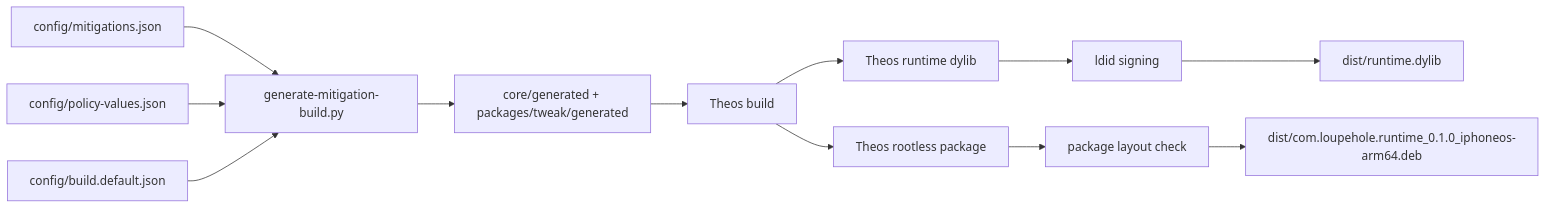
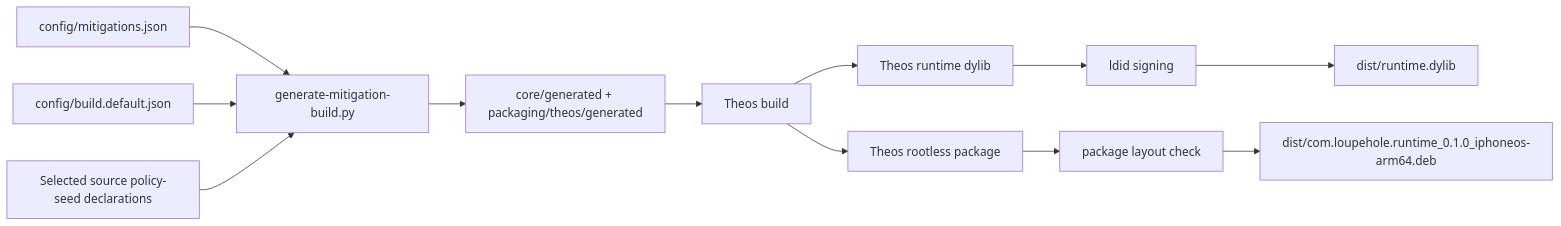
Before and after one commit to alecs297/loupehole: the diagram in docs/development/build-environment.md, drawn with Mermaid. The commit also changed other lines of this file and 26 other files, not shown here.

Commit message:
Refresh docs for tweak-level policy seeds

````diff
--- a/docs/development/build-environment.md
+++ b/docs/development/build-environment.md
@@ -21,14 +21,14 @@
 ```mermaid
 flowchart LR
     Catalog[config/mitigations.json] --> Gen[generate-mitigation-build.py]
-    Values[config/policy-values.json] --> Gen
     Selection[config/build.default.json] --> Gen
-    Gen --> Generated[core/generated + packages/tweak/generated]
+    Sources[Selected source policy-seed declarations] --> Gen
+    Gen --> Generated[core/generated + packaging/theos/generated]
     Generated --> Theos[Theos build]
     Theos --> Dylib[Theos runtime dylib]
     Dylib --> Sign[ldid signing]
     Sign --> DistDylib[dist/runtime.dylib]
     Theos --> Package[Theos rootless package]
     Package --> Check[package layout check]
     Check --> DistDeb[dist/com.loupehole.runtime_0.1.0_iphoneos-arm64.deb]
 ```
````
